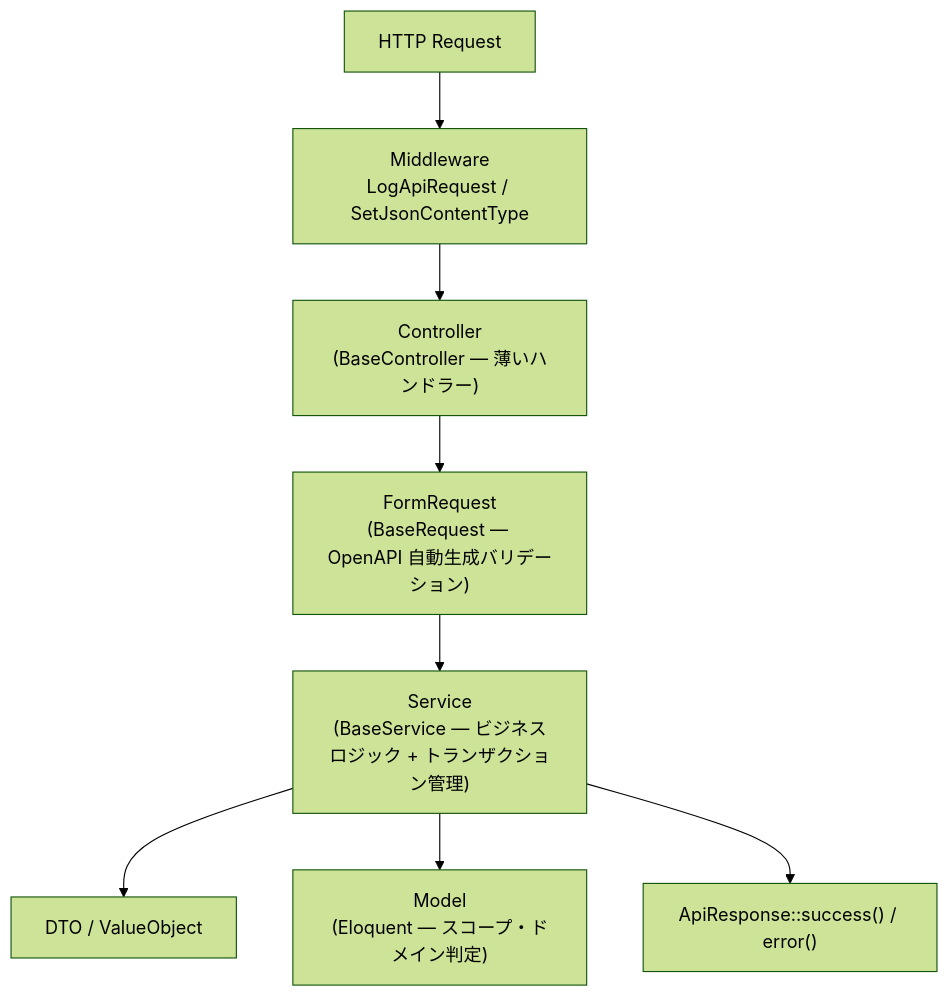
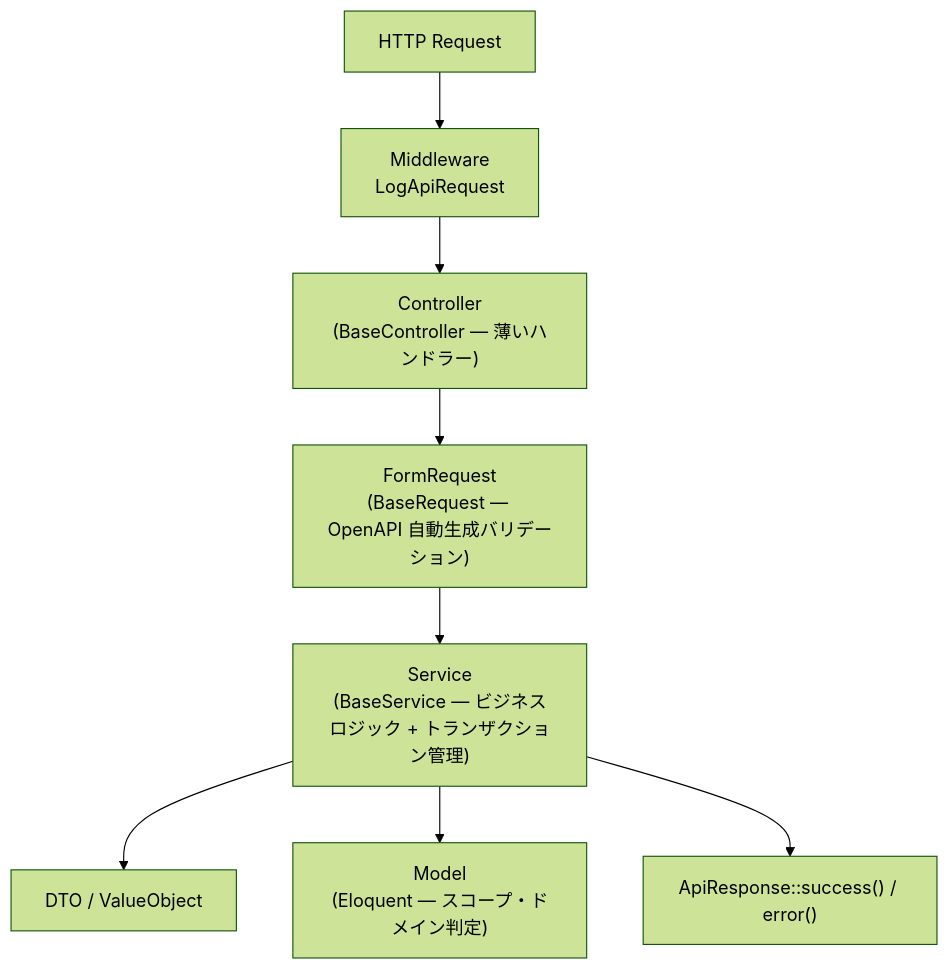
One commit to miyazakisora111/time-attendance changed the diagram in docs/dev/backend-architecture.md. Above: the diagram before and after it, drawn with Mermaid (forest theme). The commit also changed other lines of this file and 88 other files, not shown here.

````diff
--- a/docs/dev/backend-architecture.md
+++ b/docs/dev/backend-architecture.md
@@ -5,16 +5,16 @@
 ```mermaid
 graph TD
     HTTP["HTTP Request"]
-    MW["Middleware<br/>LogApiRequest / SetJsonContentType"]
+    MW["Middleware<br/>LogApiRequest"]
     CTRL["Controller<br/>(BaseController — 薄いハンドラー)"]
     FR["FormRequest<br/>(BaseRequest — OpenAPI 自動生成バリデーション)"]
     SVC["Service<br/>(BaseService — ビジネスロジック + トランザクション管理)"]
     DTO["DTO / ValueObject"]
     MDL["Model<br/>(Eloquent — スコープ・ドメイン判定)"]
     RES["ApiResponse::success() / error()"]
 
     HTTP --> MW --> CTRL --> FR --> SVC
     SVC --> DTO
     SVC --> MDL
     SVC --> RES
 ```
````
